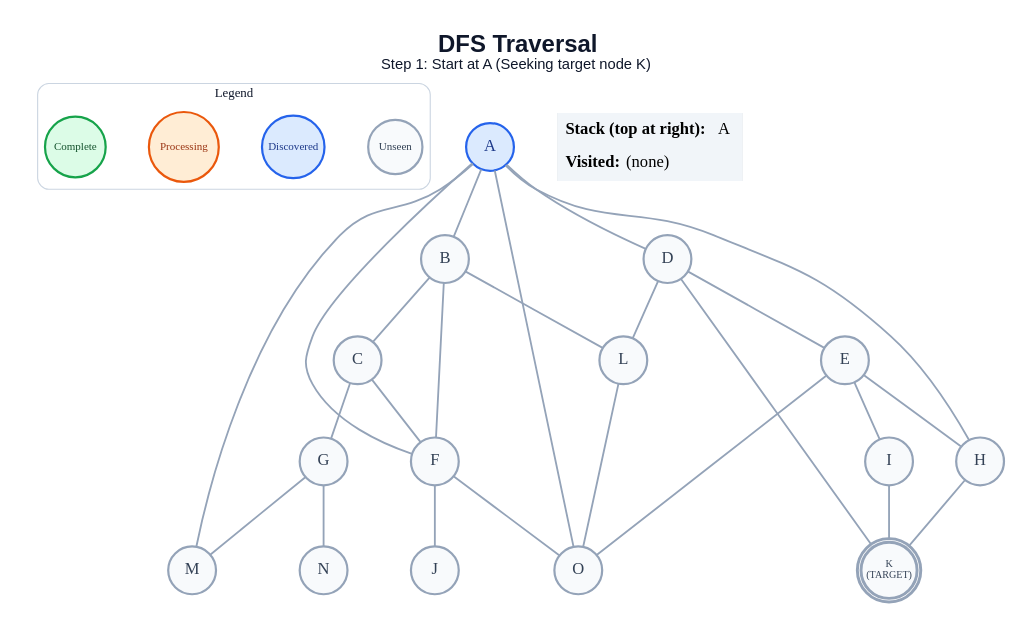
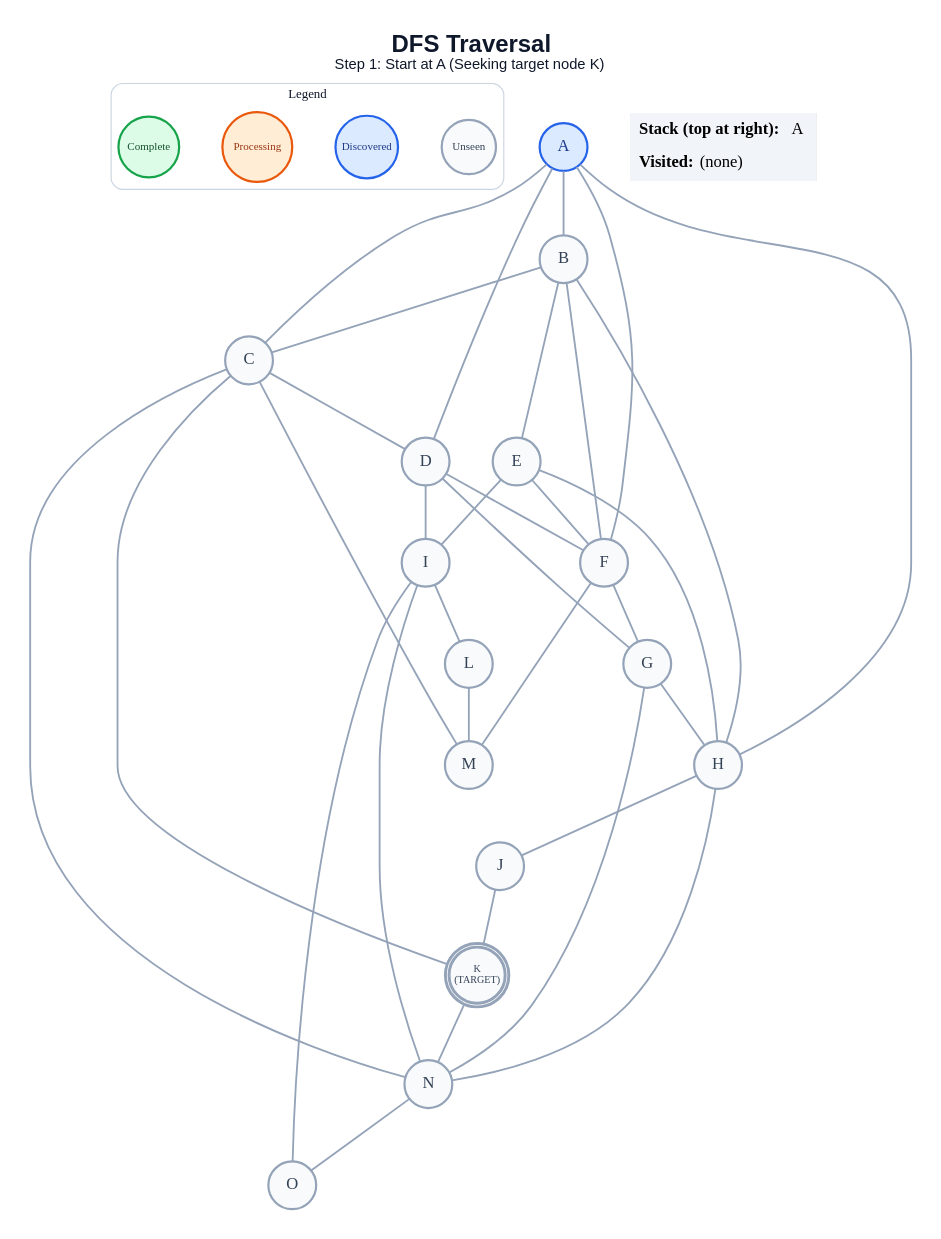
The diagram in generated/dfs/step_01.dot (anon7238593-create/ai-slop), drawn with Graphviz before and after one commit. The commit also changed 249 other files, not shown here.

```diff
--- a/generated/dfs/step_01.dot
+++ b/generated/dfs/step_01.dot
@@ -1,58 +1,66 @@
 graph traversal {
   graph [layout=dot, rankdir=TB, bgcolor="#FFFFFF", pad="0.35", nodesep="0.65", ranksep="0.8", fontname="Arial"];
   node [shape=circle, style="filled", fontname="Arial Bold", fontsize=18, width=0.72, fixedsize=true, penwidth=2.4];
   edge [color="#94A3B8", penwidth=2.0];
   label=<<B>DFS Traversal</B><BR/><FONT POINT-SIZE="16">Step 1: Start at A (Seeking target node K)</FONT>>; labelloc="t"; fontsize=26; fontname="Arial"; fontcolor="#0F172A";
   subgraph cluster_legend { label="Legend"; color="#CBD5E1"; penwidth=1.2; style="rounded"; fontsize=14; fontname="Arial Bold";
     key_unseen [label="Unseen", fillcolor="#F8FAFC", color="#94A3B8", fontcolor="#334155", fontsize=12, width=0.82];
     key_frontier [label="Discovered", fillcolor="#DBEAFE", color="#2563EB", fontcolor="#1E3A8A", fontsize=12, width=0.95];
     key_current [label="Processing", fillcolor="#FFEDD5", color="#EA580C", fontcolor="#9A3412", fontsize=12, width=1.05];
     key_done [label="Complete", fillcolor="#DCFCE7", color="#16A34A", fontcolor="#14532D", fontsize=12, width=0.92];
     { rank=same; key_unseen; key_frontier; key_current; key_done; }
   }
   A [label="A", fillcolor="#DBEAFE", color="#2563EB", fontcolor="#1E3A8A", peripheries=1, penwidth=2.4];
   B [label="B", fillcolor="#F8FAFC", color="#94A3B8", fontcolor="#334155", peripheries=1, penwidth=2.4];
   C [label="C", fillcolor="#F8FAFC", color="#94A3B8", fontcolor="#334155", peripheries=1, penwidth=2.4];
   D [label="D", fillcolor="#F8FAFC", color="#94A3B8", fontcolor="#334155", peripheries=1, penwidth=2.4];
   E [label="E", fillcolor="#F8FAFC", color="#94A3B8", fontcolor="#334155", peripheries=1, penwidth=2.4];
   F [label="F", fillcolor="#F8FAFC", color="#94A3B8", fontcolor="#334155", peripheries=1, penwidth=2.4];
   G [label="G", fillcolor="#F8FAFC", color="#94A3B8", fontcolor="#334155", peripheries=1, penwidth=2.4];
   H [label="H", fillcolor="#F8FAFC", color="#94A3B8", fontcolor="#334155", peripheries=1, penwidth=2.4];
   I [label="I", fillcolor="#F8FAFC", color="#94A3B8", fontcolor="#334155", peripheries=1, penwidth=2.4];
   J [label="J", fillcolor="#F8FAFC", color="#94A3B8", fontcolor="#334155", peripheries=1, penwidth=2.4];
   K [label="K\n(TARGET)", fillcolor="#F8FAFC", color="#94A3B8", fontcolor="#334155", peripheries=2, penwidth=3.2, fontsize=11, width=0.85, height=0.85];
   L [label="L", fillcolor="#F8FAFC", color="#94A3B8", fontcolor="#334155", peripheries=1, penwidth=2.4];
   M [label="M", fillcolor="#F8FAFC", color="#94A3B8", fontcolor="#334155", peripheries=1, penwidth=2.4];
   N [label="N", fillcolor="#F8FAFC", color="#94A3B8", fontcolor="#334155", peripheries=1, penwidth=2.4];
   O [label="O", fillcolor="#F8FAFC", color="#94A3B8", fontcolor="#334155", peripheries=1, penwidth=2.4];
   A -- B;
+  A -- C;
   A -- D;
   A -- F;
   A -- H;
-  A -- M;
-  A -- O;
   B -- C;
+  B -- E;
   B -- F;
-  B -- L;
-  C -- F;
-  C -- G;
-  D -- E;
-  D -- K;
-  D -- L;
+  B -- H;
+  C -- D;
+  C -- K;
+  C -- M;
+  C -- N;
+  D -- F;
+  D -- G;
+  D -- I;
+  E -- F;
   E -- H;
   E -- I;
-  E -- O;
-  F -- J;
-  F -- O;
-  G -- M;
+  F -- G;
+  F -- M;
+  G -- H;
   G -- N;
-  H -- K;
-  I -- K;
-  L -- O;
+  H -- J;
+  H -- N;
+  I -- L;
+  I -- N;
+  I -- O;
+  J -- K;
+  K -- N;
+  L -- M;
+  N -- O;
   status [shape=plain, fixedsize=false, width=0, height=0, margin=0, label=<
     <TABLE BORDER="0" CELLBORDER="0" CELLPADDING="7" BGCOLOR="#F1F5F9">
       <TR><TD ALIGN="LEFT"><B>Stack (top at right):</B> A</TD></TR>
       <TR><TD ALIGN="LEFT"><B>Visited:</B> (none)</TD></TR>
     </TABLE>
   >];
 }
```
